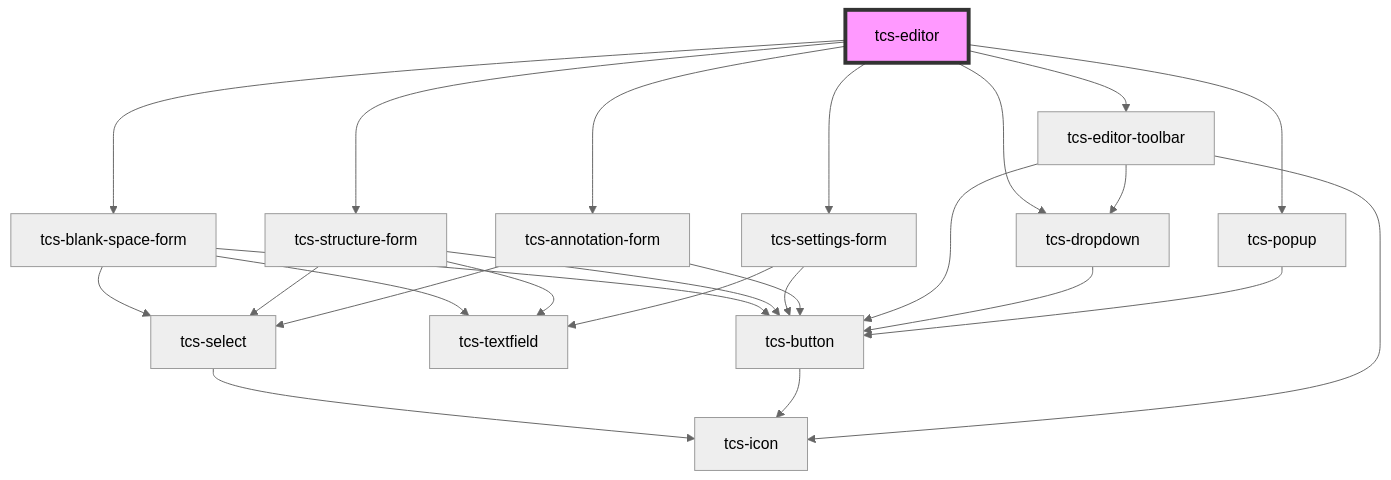
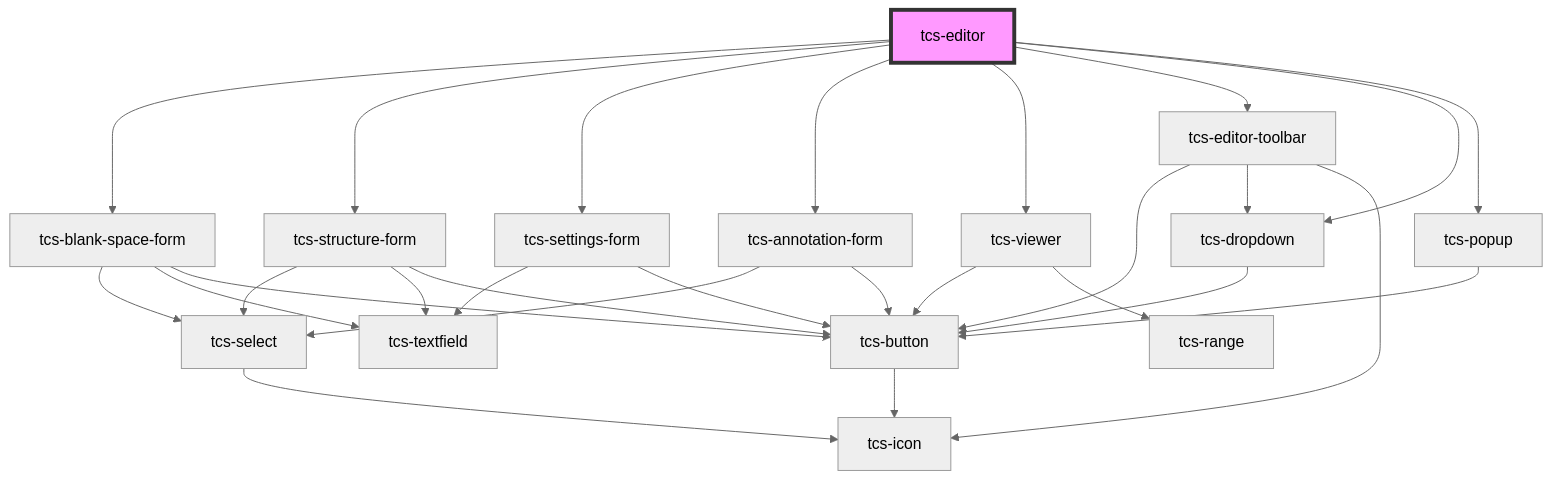
The diagram in src/components/tcs-editor/readme.md (scribes-app/tei-component-suite), drawn with Mermaid (neutral theme) before and after one commit. The commit also changed other lines of this file and 10 other files, not shown here.

````diff
--- a/src/components/tcs-editor/readme.md
+++ b/src/components/tcs-editor/readme.md
@@ -98,28 +115,31 @@
 ```mermaid
 graph TD;
   tcs-editor --> tcs-blank-space-form
   tcs-editor --> tcs-structure-form
   tcs-editor --> tcs-settings-form
   tcs-editor --> tcs-annotation-form
+  tcs-editor --> tcs-viewer
   tcs-editor --> tcs-editor-toolbar
   tcs-editor --> tcs-dropdown
   tcs-editor --> tcs-popup
   tcs-blank-space-form --> tcs-select
   tcs-blank-space-form --> tcs-textfield
   tcs-blank-space-form --> tcs-button
   tcs-select --> tcs-icon
   tcs-button --> tcs-icon
   tcs-structure-form --> tcs-select
   tcs-structure-form --> tcs-textfield
   tcs-structure-form --> tcs-button
   tcs-settings-form --> tcs-textfield
   tcs-settings-form --> tcs-button
   tcs-annotation-form --> tcs-select
   tcs-annotation-form --> tcs-button
+  tcs-viewer --> tcs-button
+  tcs-viewer --> tcs-range
   tcs-editor-toolbar --> tcs-button
   tcs-editor-toolbar --> tcs-dropdown
   tcs-editor-toolbar --> tcs-icon
   tcs-dropdown --> tcs-button
   tcs-popup --> tcs-button
   style tcs-editor fill:#f9f,stroke:#333,stroke-width:4px
 ```
````
